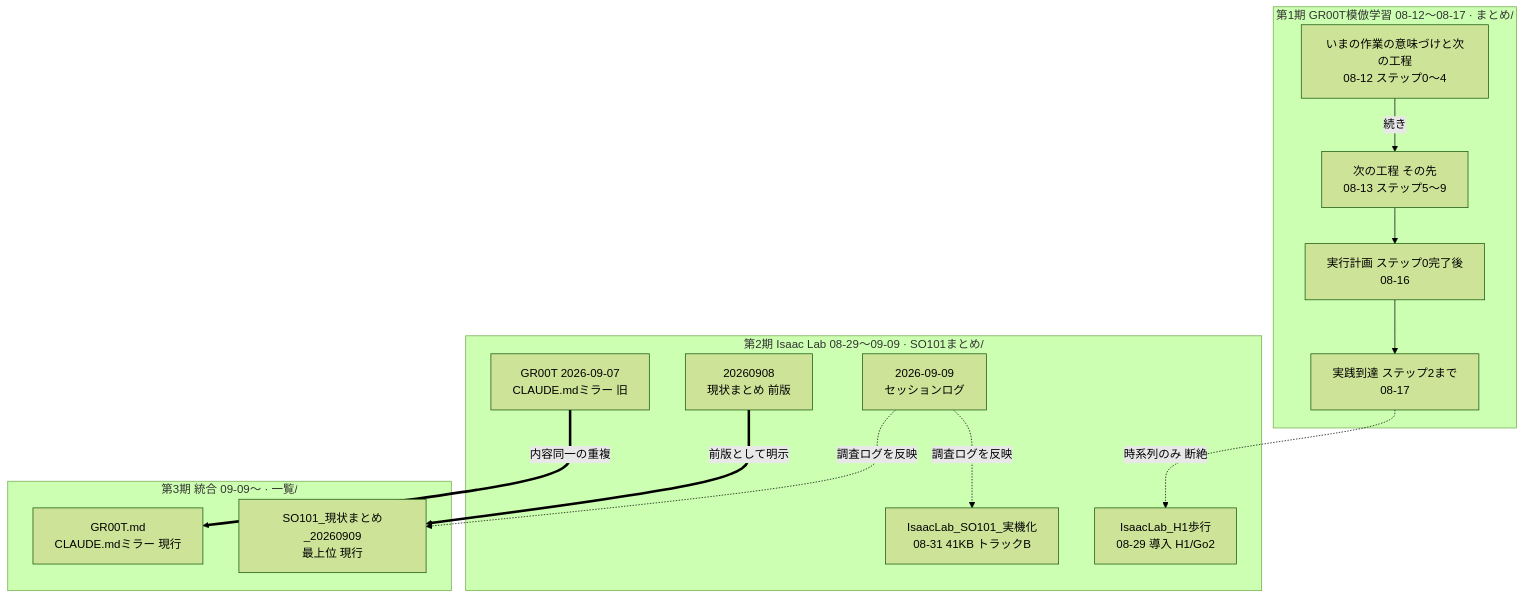
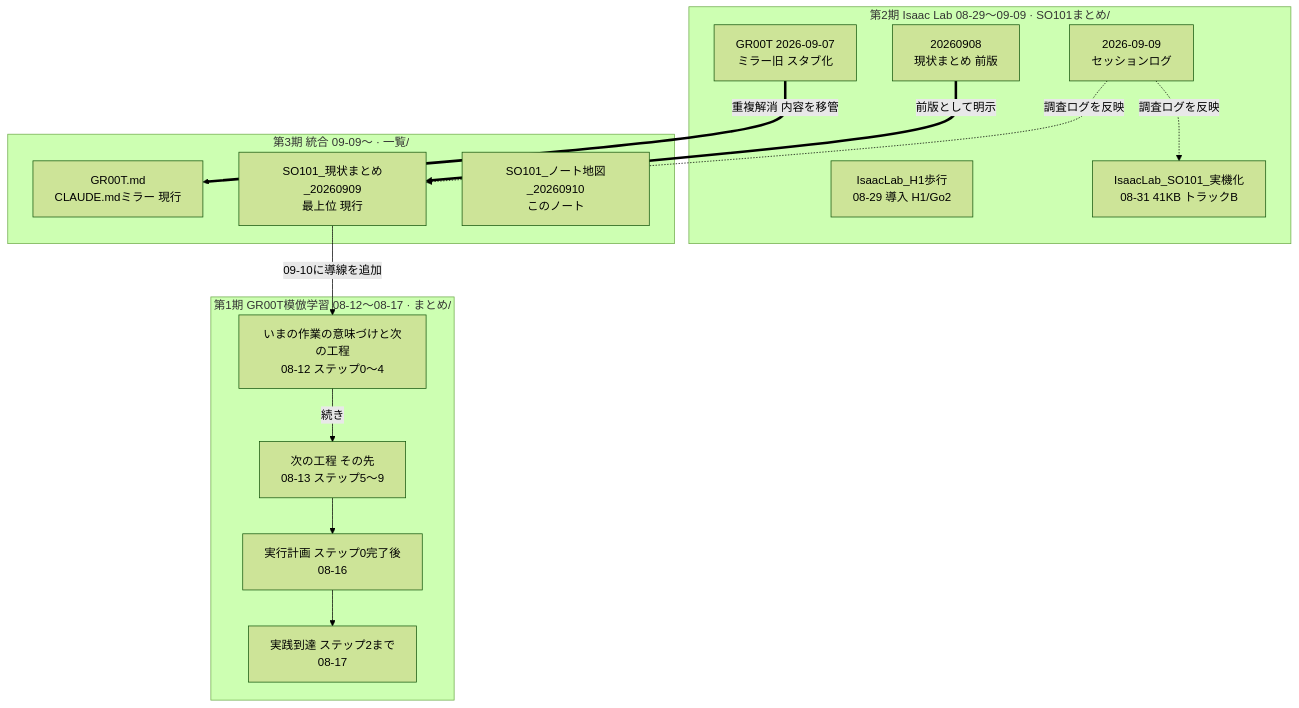
Before and after one commit to kuni10saito/obsidian-vault: the first of 2 diagrams in 一覧/SO101_ノート地図_20260910.md, drawn with Mermaid (forest theme). The commit also changed other lines of this file and 6 other files, not shown here.

````diff
--- a/一覧/SO101_ノート地図_20260910.md
+++ b/一覧/SO101_ノート地図_20260910.md
@@ -13,28 +12,29 @@
 ```mermaid
 graph TD
     subgraph P1["第1期 GR00T模倣学習 08-12〜08-17 · まとめ/"]
         M1["いまの作業の意味づけと次の工程<br/>08-12 ステップ0〜4"]
         M2["次の工程 その先<br/>08-13 ステップ5〜9"]
         M3["実行計画 ステップ0完了後<br/>08-16"]
         M4["実践到達 ステップ2まで<br/>08-17"]
     end
     subgraph P2["第2期 Isaac Lab 08-29〜09-09 · SO101まとめ/"]
         H1["IsaacLab_H1歩行<br/>08-29 導入 H1/Go2"]
         JK["IsaacLab_SO101_実機化<br/>08-31 41KB トラックB"]
-        G7["GR00T 2026-09-07<br/>CLAUDE.mdミラー 旧"]
+        G7["GR00T 2026-09-07<br/>ミラー旧 スタブ化"]
         D8["20260908<br/>現状まとめ 前版"]
         S9["2026-09-09<br/>セッションログ"]
     end
     subgraph P3["第3期 統合 09-09〜 · 一覧/"]
         NOW["SO101_現状まとめ_20260909<br/>最上位 現行"]
         GN["GR00T.md<br/>CLAUDE.mdミラー 現行"]
+        MAP["SO101_ノート地図_20260910<br/>このノート"]
     end
     M1 -->|続き| M2
     M2 --> M3
     M3 --> M4
-    M4 -.->|時系列のみ 断絶| H1
     D8 ==>|前版として明示| NOW
-    G7 ==>|内容同一の重複| GN
+    G7 ==>|重複解消 内容を移管| GN
     S9 -.->|調査ログを反映| NOW
     S9 -.->|調査ログを反映| JK
+    NOW -->|09-10に導線を追加| M1
 ```
````
